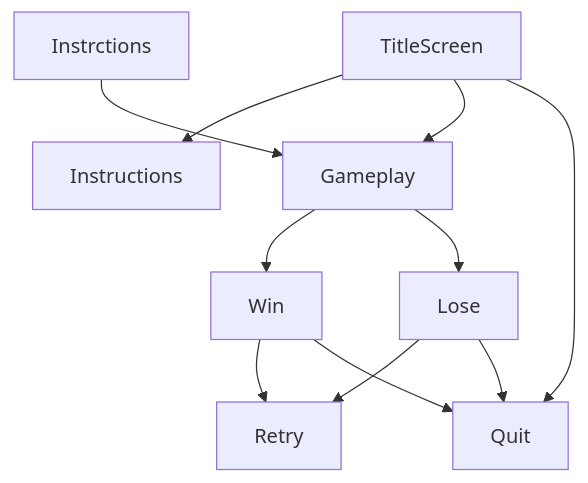
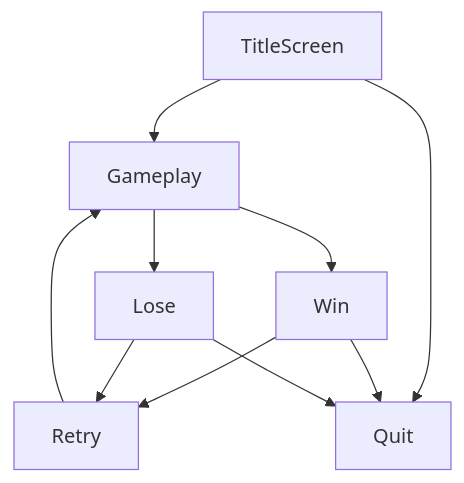
One commit to SarahMit/gogamejam changed the diagram in game-design/scene-structure.md. Above: the diagram before and after it, drawn with Mermaid. The commit also changed other lines of this file, not shown here.

````diff
--- a/game-design/scene-structure.md
+++ b/game-design/scene-structure.md
@@ -19,15 +22,14 @@
 ```mermaid
 graph TD;
     accTitle: the diamond pattern
     accDescr: a graph with four nodes: A points to B and C, while B and C both point to D
-    TitleScreen-->Instructions;
-    Instrctions-->Gameplay;
     TitleScreen-->Gameplay;
     TitleScreen-->Quit;
     Gameplay-->Win;
     Gameplay-->Lose;
     Win-->Retry;
     Lose-->Retry;
+    Retry-->Gameplay
     Win-->Quit;
     Lose-->Quit;
 ```
````
